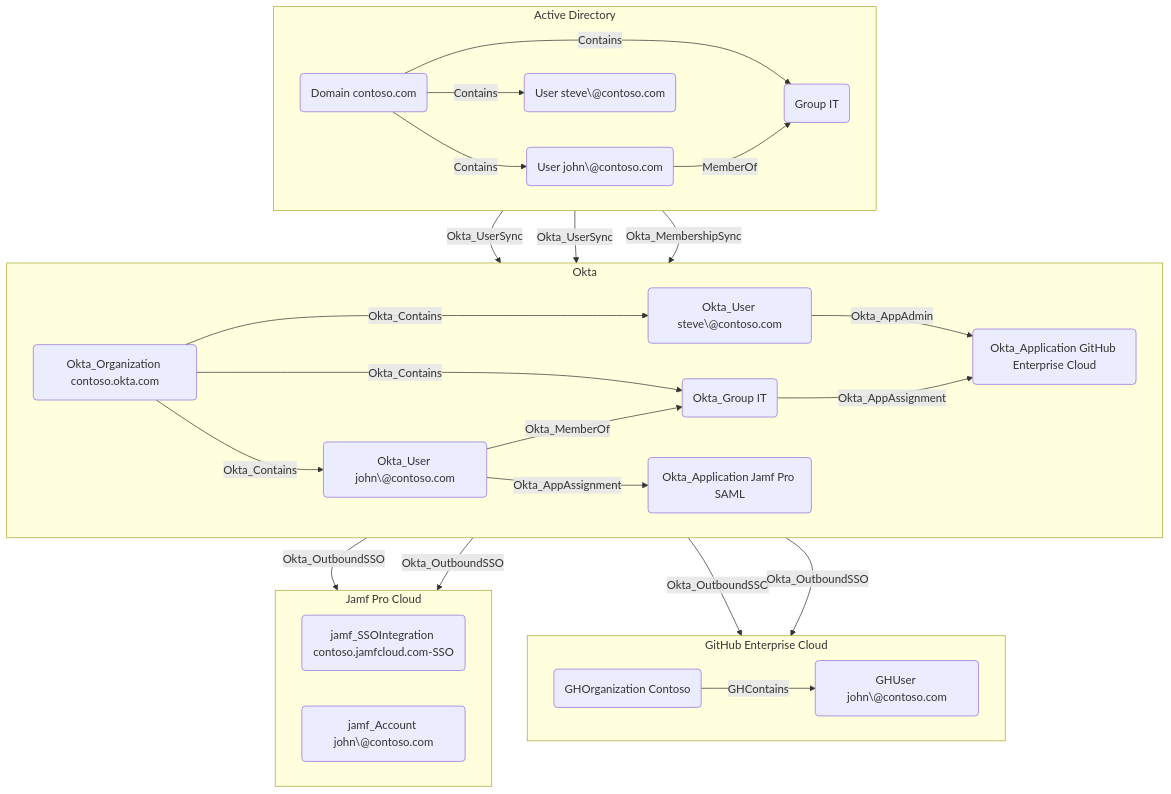
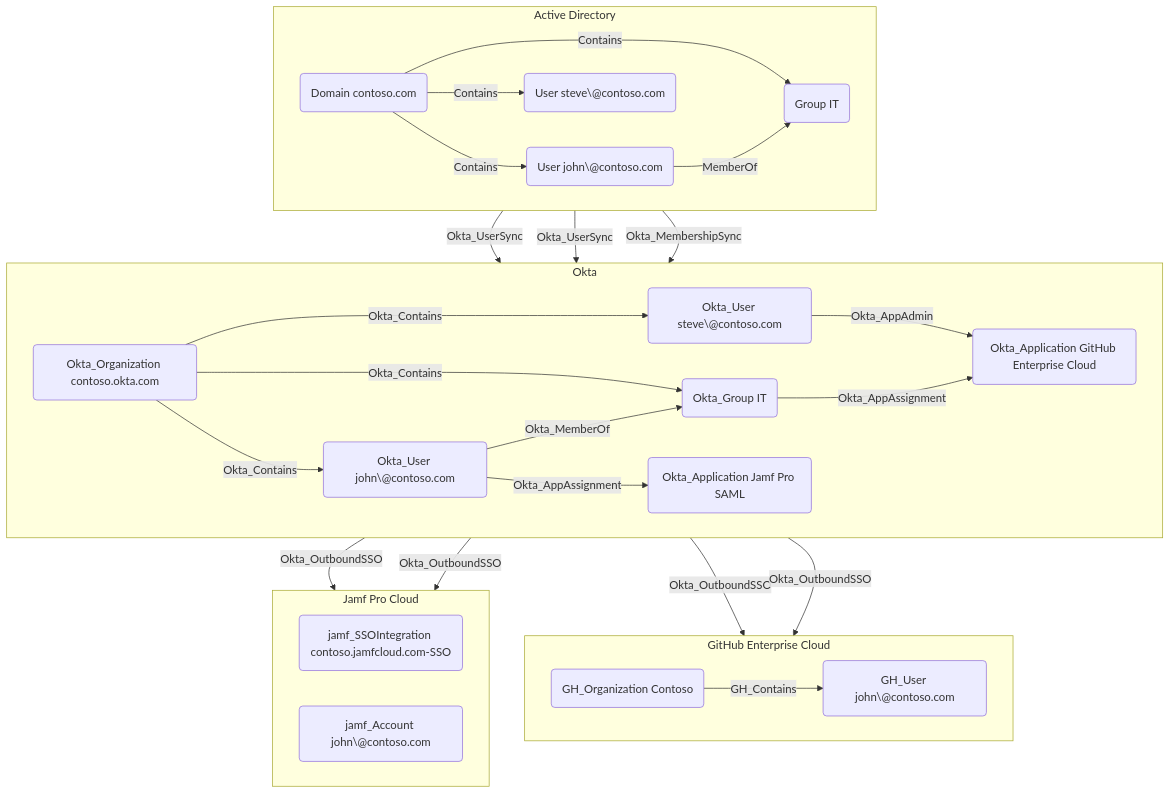
The diagram in Documentation/NodeDescriptions/Okta_Application.md (SpecterOps/OktaHound), drawn with Mermaid before and after one commit. The commit also changed 14 other files, not shown here.

````diff
--- a/Documentation/NodeDescriptions/Okta_Application.md
+++ b/Documentation/NodeDescriptions/Okta_Application.md
@@ -288,48 +288,48 @@
 ```mermaid
 graph TB
   subgraph ad["Active Directory"]
     direction LR
     domain("Domain contoso.com")
     adu1("User john\@contoso.com")
     adu2("User steve\@contoso.com")
     adg1("Group IT")
     domain -- Contains --> adu1
     domain -- Contains --> adu2
     domain -- Contains --> adg1
     adu1 -- MemberOf --> adg1
   end
   subgraph okta["Okta"]
     direction LR
     org("Okta_Organization contoso.okta.com")
     u1("Okta_User john\@contoso.com")
     u2("Okta_User steve\@contoso.com")
     g1("Okta_Group IT")
     gha("Okta_Application GitHub Enterprise Cloud")
     jmfa("Okta_Application Jamf Pro SAML")
     org -- Okta_Contains --> u1
     org -- Okta_Contains --> u2
     org -- Okta_Contains --> g1
     u1 -- Okta_MemberOf --> g1
     u2 -- Okta_AppAdmin --> gha
     g1 -- Okta_AppAssignment --> gha
     u1 -- Okta_AppAssignment --> jmfa
   end
   subgraph gh["GitHub Enterprise Cloud"]
     direction LR
-    ghorg("GHOrganization Contoso")
-    ghu1("GHUser john\@contoso.com")
-    ghorg -- GHContains --> ghu1
+    ghorg("GH_Organization Contoso")
+    ghu1("GH_User john\@contoso.com")
+    ghorg -- GH_Contains --> ghu1
   end
   subgraph jamf["Jamf Pro Cloud"]
     direction LR
     jamft("jamf_SSOIntegration contoso.jamfcloud.com-SSO")
     jmfu1("jamf_Account john\@contoso.com")
   end
   adu1 -- Okta_UserSync --> u1
   adu2 -- Okta_UserSync --> u2
   adg1 -- Okta_MembershipSync --> g1
   gha -- Okta_OutboundSSO --> ghorg
   jmfa -- Okta_OutboundSSO --> jamft
   u1 -- Okta_OutboundSSO --> ghu1
   u1 -- Okta_OutboundSSO --> jmfu1
 ```
````
